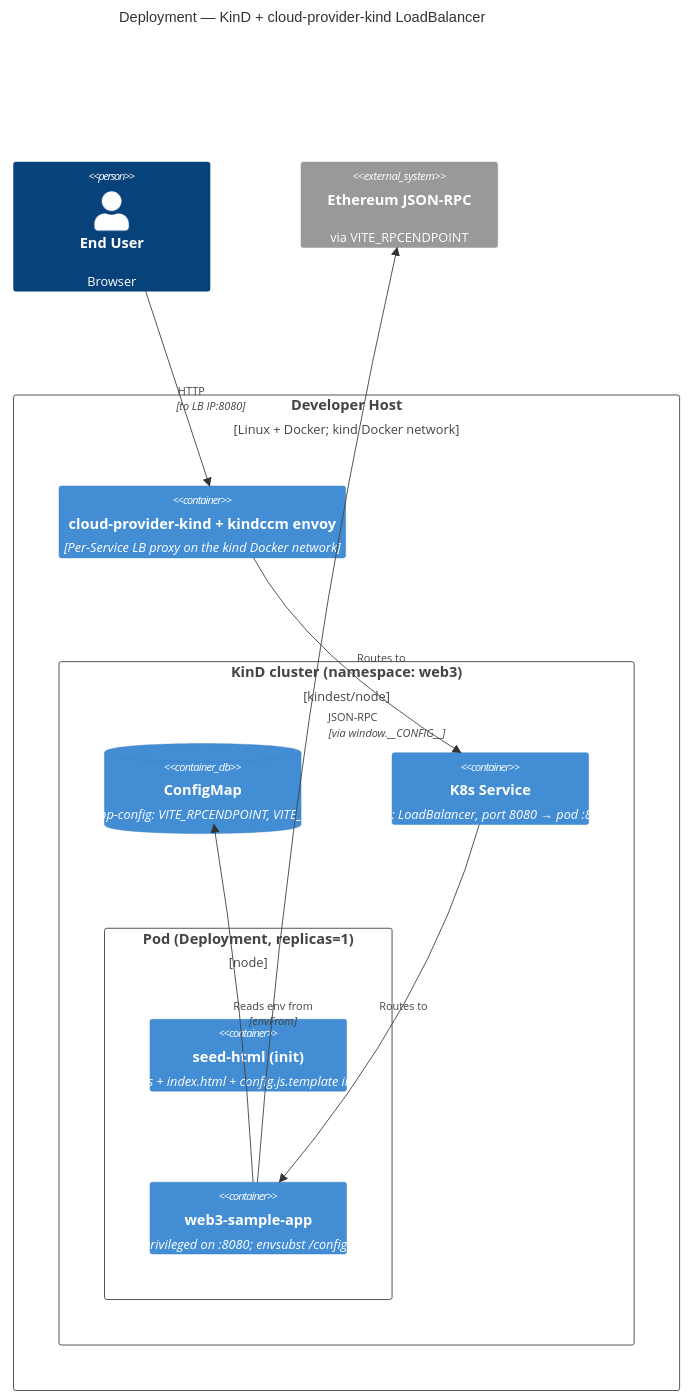
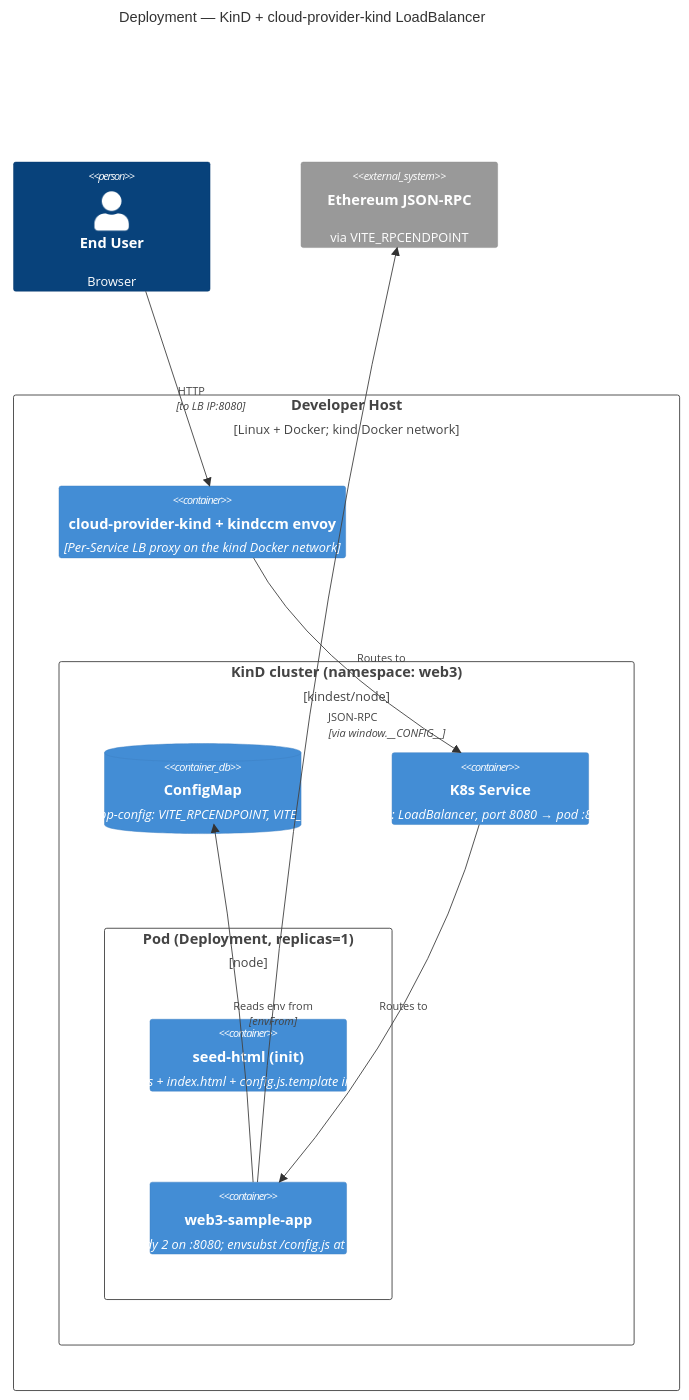
One commit to AndriyKalashnykov/web3-sample-app changed the third of 3 diagrams in README.md. Above: the diagram before and after it, drawn with Mermaid. The commit also changed other lines of this file and 15 other files, not shown here.

First line of the commit message:
feat: migrate static-server from nginx-unprivileged to Caddy 2 (#102)

````diff
--- a/README.md
+++ b/README.md
@@ -117,26 +117,26 @@
 ```mermaid
 C4Deployment
   title Deployment — KinD + cloud-provider-kind LoadBalancer
 
   Person(user, "End User", "Browser")
 
   Deployment_Node(host, "Developer Host", "Linux + Docker; kind Docker network") {
     Container(envoy, "cloud-provider-kind + kindccm envoy", "Per-Service LB proxy on the kind Docker network")
     Deployment_Node(cluster, "KinD cluster (namespace: web3)", "kindest/node") {
       Deployment_Node(pod, "Pod (Deployment, replicas=1)") {
         Container(init, "seed-html (init)", "Copies bundled assets + index.html + config.js.template into writable emptyDir")
-        Container(nginx, "web3-sample-app", "nginx-unprivileged on :8080; envsubst /config.js at boot")
+        Container(caddy, "web3-sample-app", "Caddy 2 on :8080; envsubst /config.js at boot")
       }
       ContainerDb(cm, "ConfigMap", "web3-sample-app-config: VITE_RPCENDPOINT, VITE_BASE_URL, PORT")
       Container(svc, "K8s Service", "type: LoadBalancer, port 8080 → pod :8080")
     }
   }
 
   System_Ext(rpc, "Ethereum JSON-RPC", "via VITE_RPCENDPOINT")
 
   Rel(user, envoy, "HTTP", "to LB IP:8080")
   Rel(envoy, svc, "Routes to")
-  Rel(svc, nginx, "Routes to")
-  Rel(nginx, cm, "Reads env from", "envFrom")
-  Rel(nginx, rpc, "JSON-RPC", "via window.__CONFIG__")
+  Rel(svc, caddy, "Routes to")
+  Rel(caddy, cm, "Reads env from", "envFrom")
+  Rel(caddy, rpc, "JSON-RPC", "via window.__CONFIG__")
 ```
````
